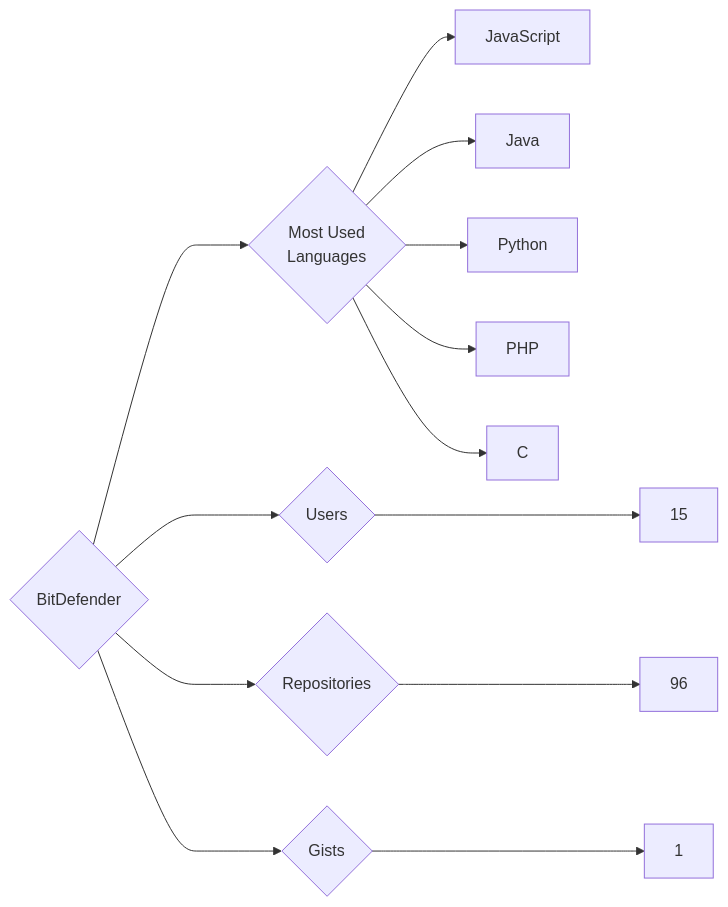
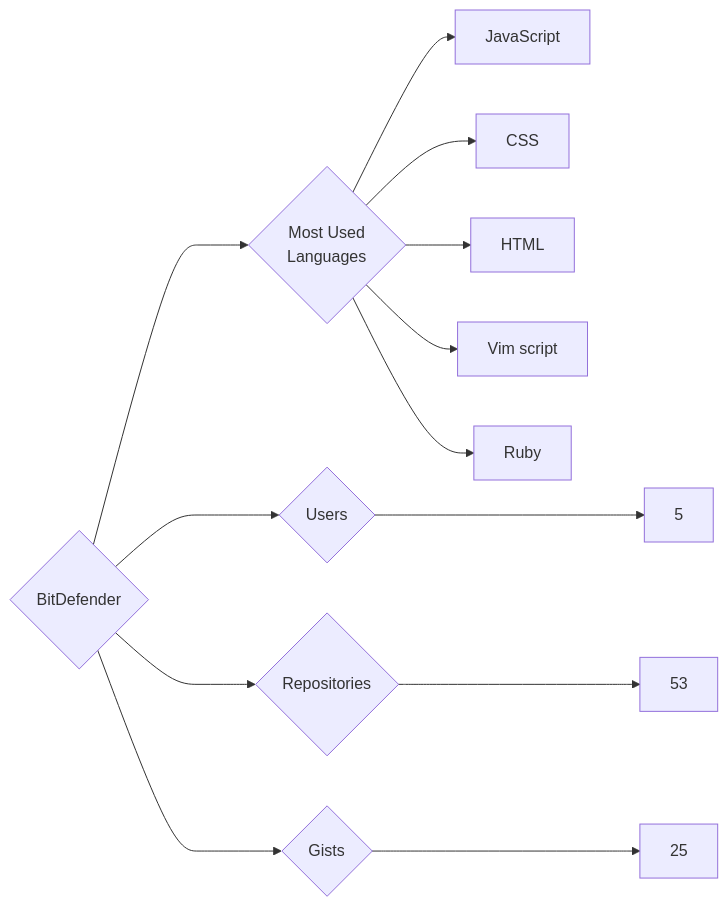
Before and after one commit to trickest/insiders: the diagram in targets/BitDefender/README.md, drawn with Mermaid. The commit also changed 934 other files, not shown here.

````diff
--- a/targets/BitDefender/README.md
+++ b/targets/BitDefender/README.md
@@ -3,13 +3,13 @@
 ```mermaid
 graph LR
 COMPANY_NAME{BitDefender}
-COMPANY_NAME ---> U{Users} ---> UN[15]
-COMPANY_NAME ---> R{Repositories} ---> RN[96]
-COMPANY_NAME ---> G{Gists} ---> GN[1]
+COMPANY_NAME ---> U{Users} ---> UN[5]
+COMPANY_NAME ---> R{Repositories} ---> RN[53]
+COMPANY_NAME ---> G{Gists} ---> GN[25]
 COMPANY_NAME ---> ML{Most Used<br>Languages}
 ML --> JavaScript[JavaScript]
-ML --> Java[Java]
-ML --> Python[Python]
-ML --> PHP[PHP]
-ML --> C[C]
+ML --> CSS[CSS]
+ML --> HTML[HTML]
+ML --> Vim_script[Vim script]
+ML --> Ruby[Ruby]
 ```
````
